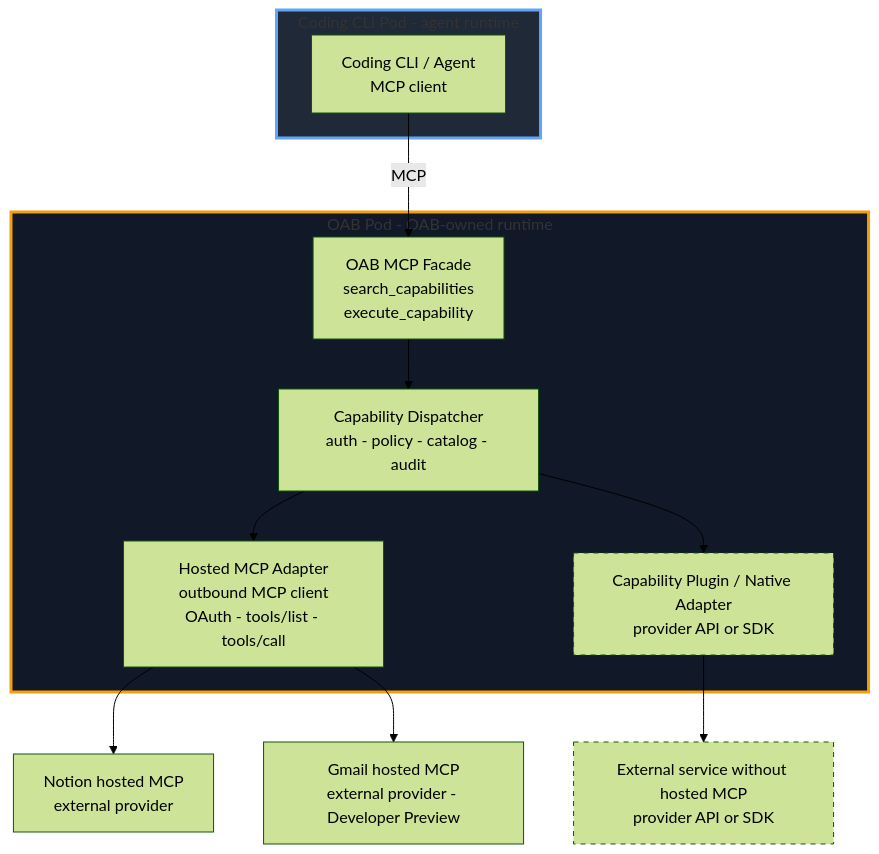
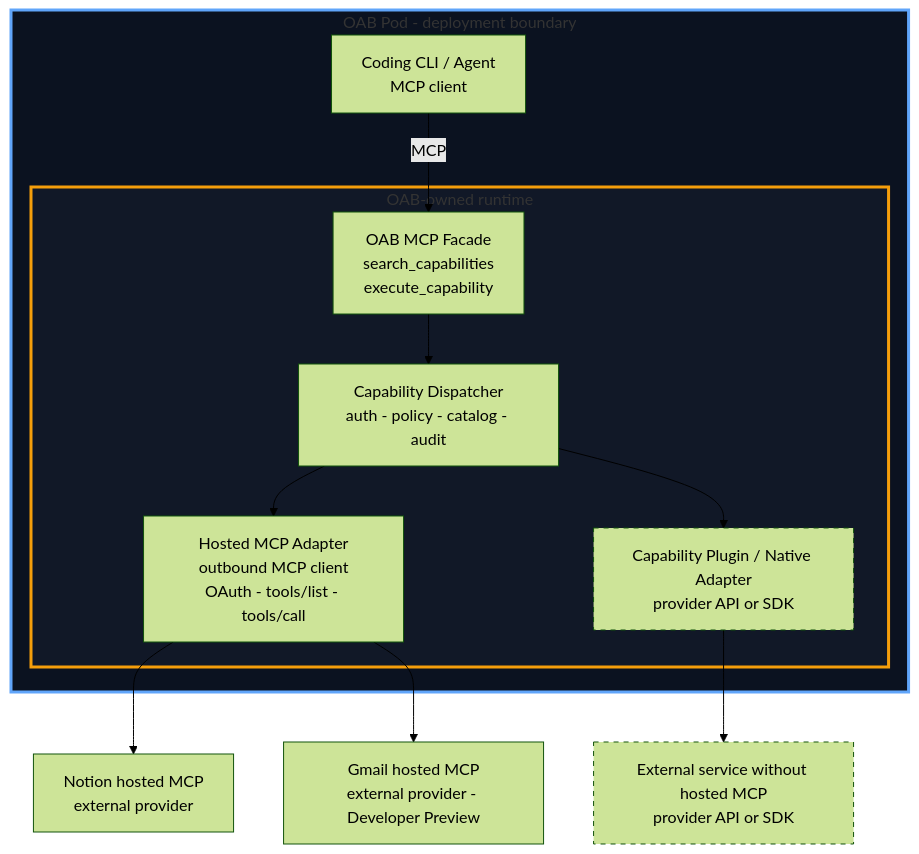
The diagram in docs/adr/oab-mcp-adapter.md (openabdev/openab), drawn with Mermaid (forest theme) before and after one commit. The commit also changed other lines of this file, not shown here.

Commit message:
docs(adr): nest runtime inside oab pod

````diff
--- a/docs/adr/oab-mcp-adapter.md
+++ b/docs/adr/oab-mcp-adapter.md
@@ -81,31 +81,32 @@
 ```mermaid
 flowchart TD
-    subgraph AGENT_POD [Coding CLI Pod - agent runtime]
+    subgraph OAB_POD [OAB Pod - deployment boundary]
         A["Coding CLI / Agent<br/>MCP client"]
-    end
 
-    subgraph OAB_POD [OAB Pod - OAB-owned runtime]
-        F["OAB MCP Facade<br/>search_capabilities<br/>execute_capability"]
-        D["Capability Dispatcher<br/>auth - policy - catalog - audit"]
-        M["Hosted MCP Adapter<br/>outbound MCP client<br/>OAuth - tools/list - tools/call"]
-        P["Capability Plugin / Native Adapter<br/>provider API or SDK"]
+        subgraph OAB_RUNTIME [OAB-owned runtime]
+            F["OAB MCP Facade<br/>search_capabilities<br/>execute_capability"]
+            D["Capability Dispatcher<br/>auth - policy - catalog - audit"]
+            M["Hosted MCP Adapter<br/>outbound MCP client<br/>OAuth - tools/list - tools/call"]
+            P["Capability Plugin / Native Adapter<br/>provider API or SDK"]
 
-        F --> D
-        D --> M
-        D --> P
+            F --> D
+            D --> M
+            D --> P
+        end
+
+        A -->|MCP| F
     end
 
     N["Notion hosted MCP<br/>external provider"]
     G["Gmail hosted MCP<br/>external provider - Developer Preview"]
     X["External service without hosted MCP<br/>provider API or SDK"]
 
-    A -->|MCP| F
     M --> N
     M --> G
     P --> X
 
-    style AGENT_POD fill:#1f2937,stroke:#60a5fa,stroke-width:3px
-    style OAB_POD fill:#111827,stroke:#f59e0b,stroke-width:3px
+    style OAB_POD fill:#0b1220,stroke:#60a5fa,stroke-width:3px
+    style OAB_RUNTIME fill:#111827,stroke:#f59e0b,stroke-width:3px
     style P stroke-dasharray: 5 5
     style X stroke-dasharray: 5 5
 ```
````
